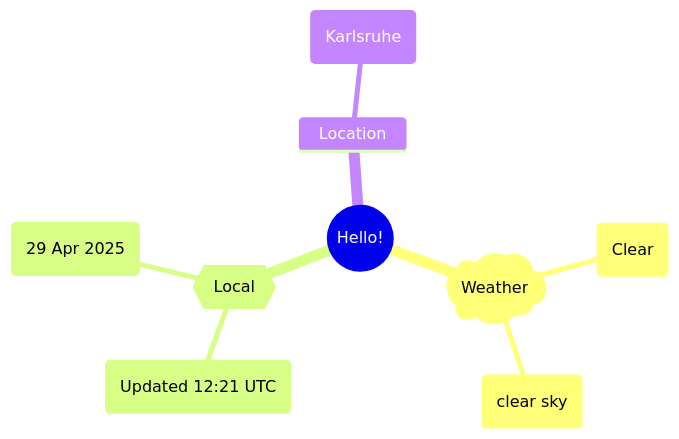
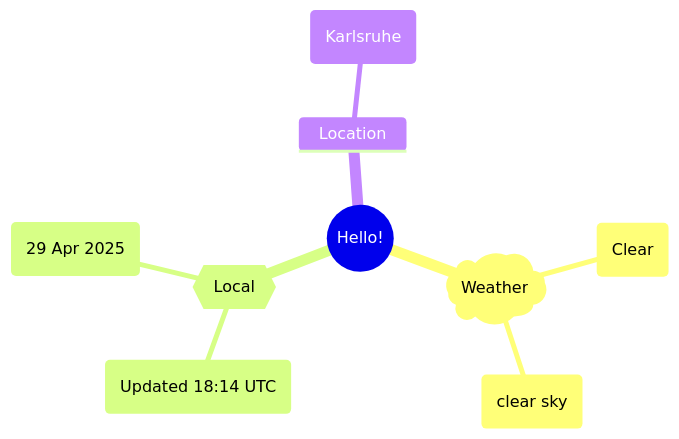
One commit to Xosrov/Xosrov changed the first of 2 diagrams in README.md. Above: the diagram before and after it, drawn with Mermaid.

Commit message:
[bot] updated images

````diff
--- a/README.md
+++ b/README.md
@@ -3,12 +3,12 @@
 ```mermaid
 mindmap
   root((Hello!))
     )Weather(
         (Clear)
         (clear sky)
     {{Local}}
-        (Updated 12:21 UTC)
+        (Updated 18:14 UTC)
         (29 Apr 2025)
     Location
         (Karlsruhe)
 ```
````
